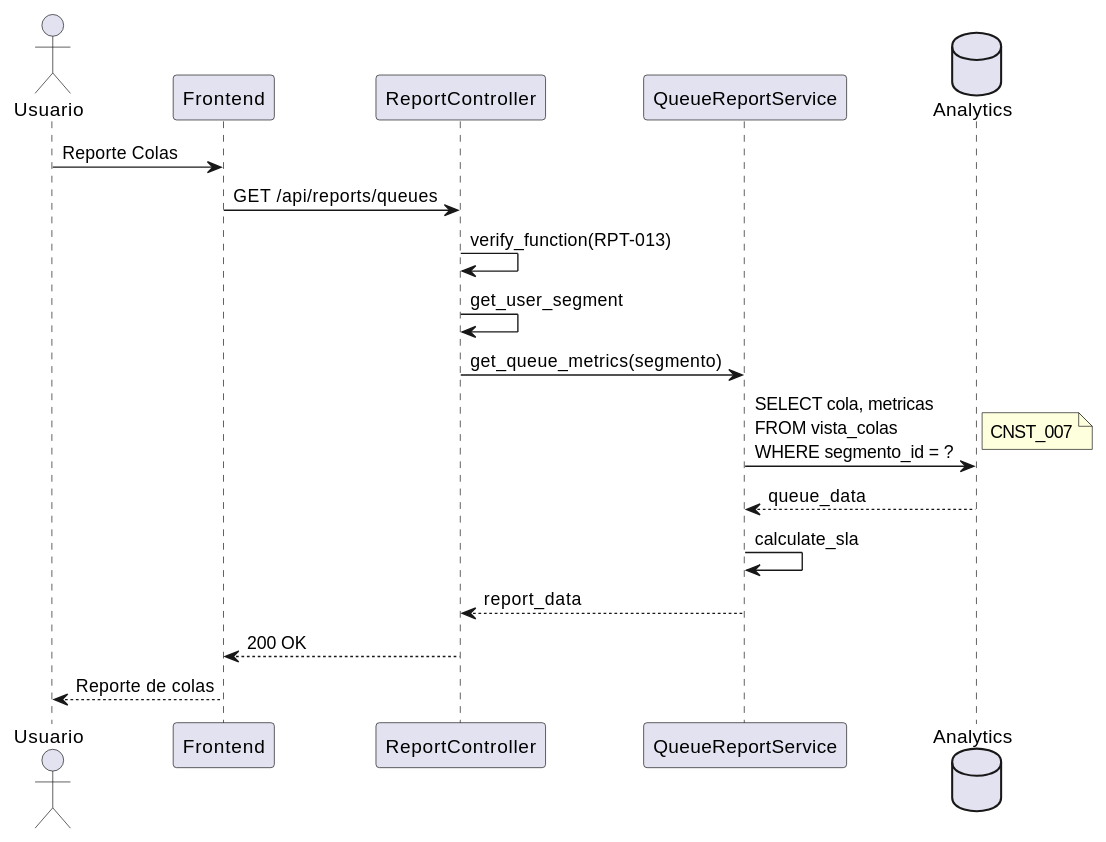
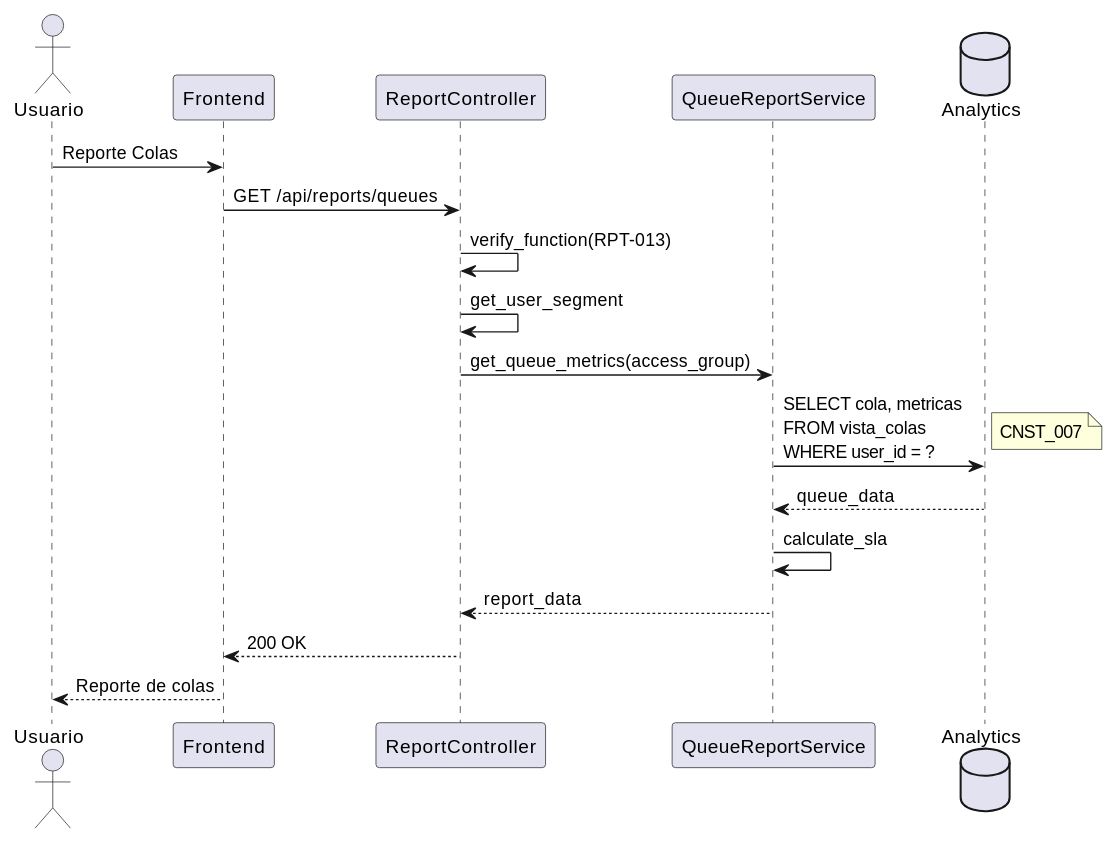
Before and after one commit to jcg-admin/IACT-docs: the second of 3 diagrams in source/requisitos/casos-uso/reports/uc-rpt-13-ver-reporte-colas.rst, drawn with PlantUML. The commit also changed other lines of this file and 14 other files, not shown here.

```diff
--- a/source/requisitos/casos-uso/reports/uc-rpt-13-ver-reporte-colas.rst
+++ b/source/requisitos/casos-uso/reports/uc-rpt-13-ver-reporte-colas.rst
@@ -140,23 +140,23 @@
 .. uml::
  :caption: Diagrama de Secuencia - UC_RPT_13
 
  @startuml
  actor "Usuario" as U
  participant "Frontend" as FE
  participant "ReportController" as RC
  participant "QueueReportService" as QRS
  database "Analytics" as DB
 
  U -> FE: Reporte Colas
  FE -> RC: GET /api/reports/queues
  RC -> RC: verify_function(RPT-013)
  RC -> RC: get_user_segment
- RC -> QRS: get_queue_metrics(segmento)
- QRS -> DB: SELECT cola, metricas\nFROM vista_colas\nWHERE segmento_id = ?
+ RC -> QRS: get_queue_metrics(access_group)
+ QRS -> DB: SELECT cola, metricas\nFROM vista_colas\nWHERE user_id = ?
  note right: CNST_007
  DB --> QRS: queue_data
  QRS -> QRS: calculate_sla
  QRS --> RC: report_data
  RC --> FE: 200 OK
  FE --> U: Reporte de colas
  @enduml
```
